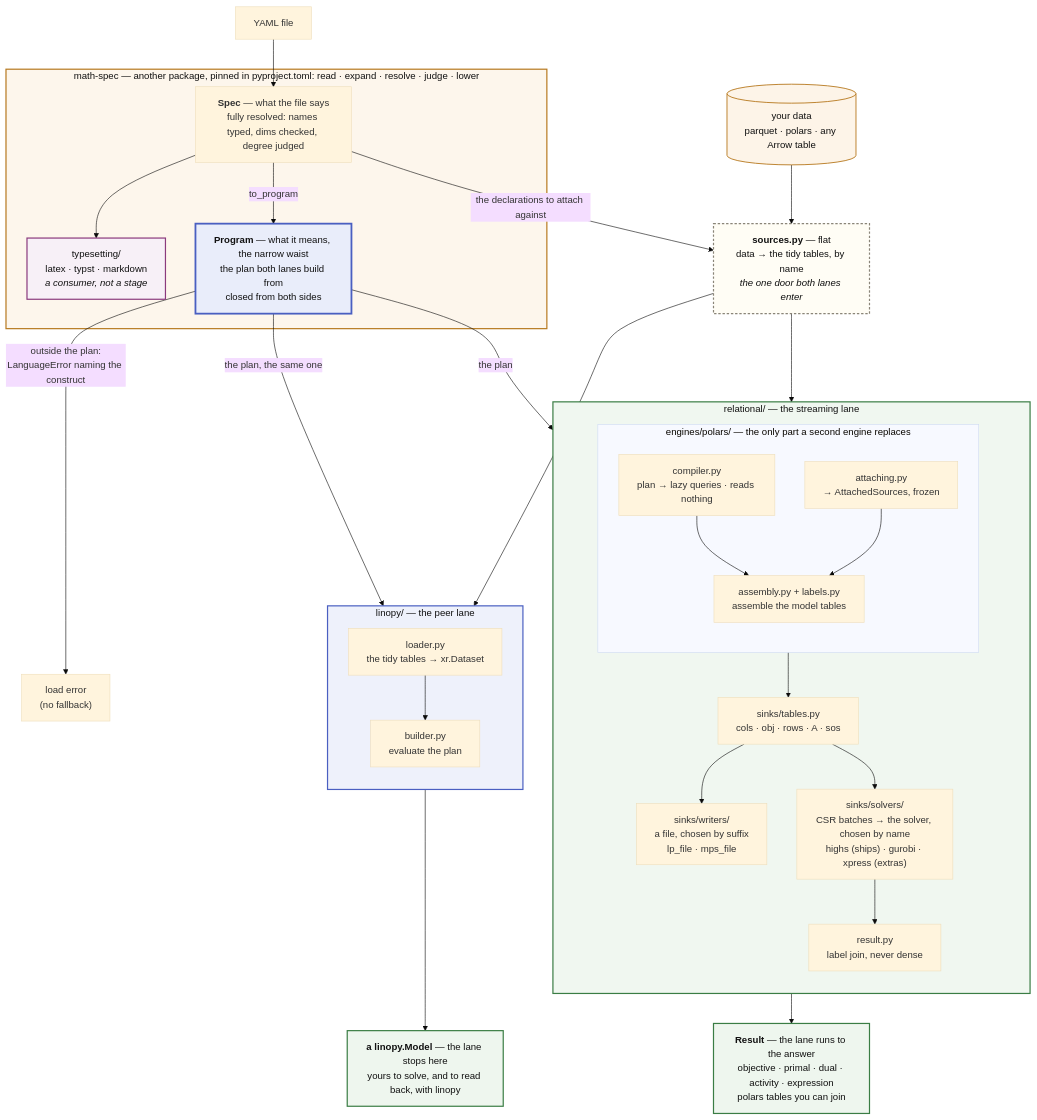
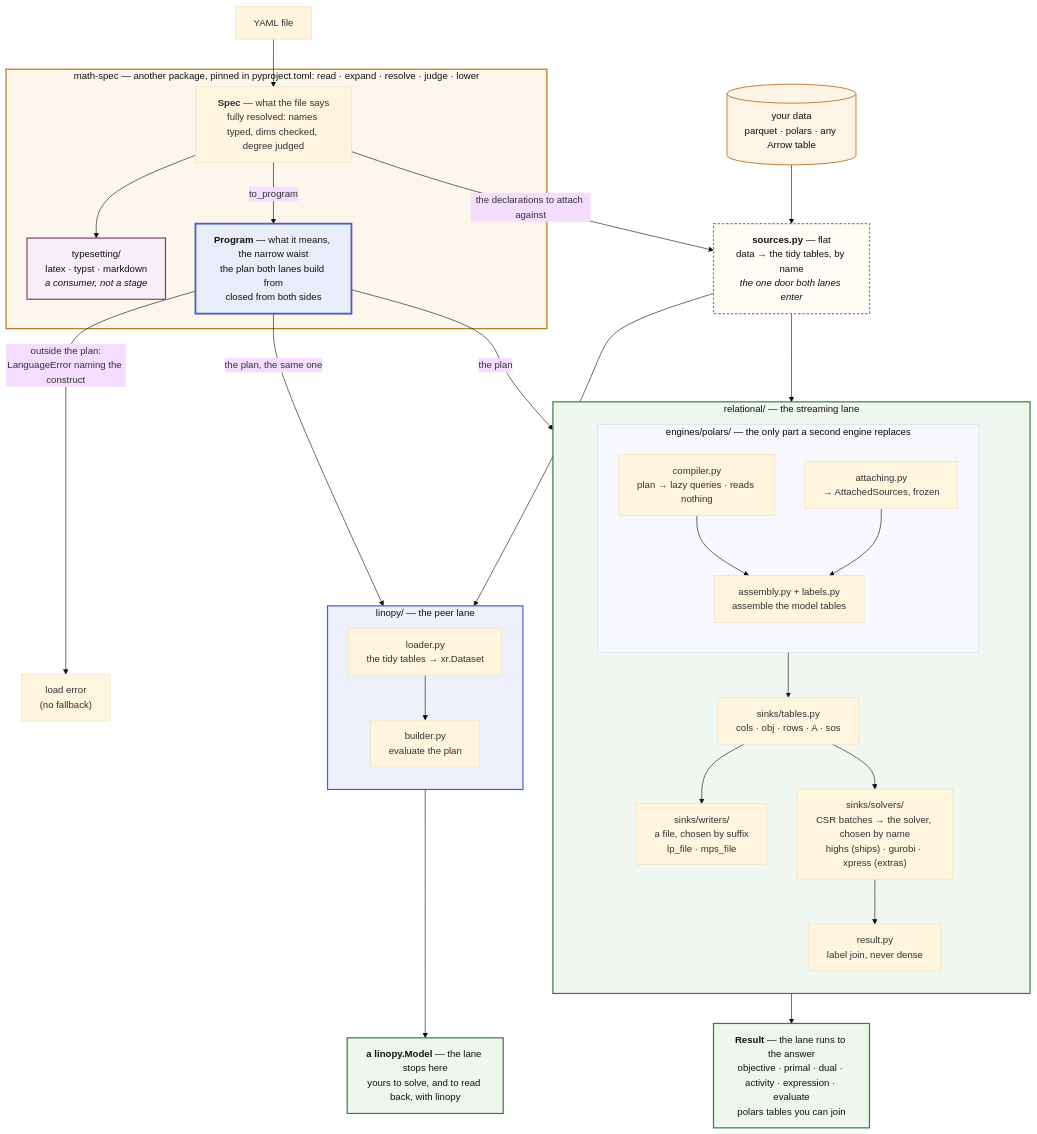
Before and after one commit to fluxopt/lpspec: the first of 2 diagrams in docs/about/architecture.md, drawn with Mermaid (base theme). The commit also changed other lines of this file and 11 other files, not shown here.

````diff
--- a/docs/about/architecture.md
+++ b/docs/about/architecture.md
@@ -60,59 +60,59 @@
 ```mermaid
 flowchart TB
     Y[YAML file] --> SPEC
     DATA[("your data<br/>parquet · polars · any Arrow table")] --> SRC
 
     subgraph MS["math-spec — another package, pinned in pyproject.toml: read · expand · resolve · judge · lower"]
         SPEC["<b>Spec</b> — what the file says<br/>fully resolved: names typed, dims checked, degree judged"]
         SPEC --> TS["typesetting/<br/>latex · typst · markdown<br/><i>a consumer, not a stage</i>"]
         SPEC -->|"to_program"| PLAN["<b>Program</b> — what it means, the narrow waist<br/>the plan both lanes build from<br/>closed from both sides"]
     end
 
     SPEC -->|"the declarations to attach against"| SRC
     SRC["<b>sources.py</b> — flat<br/>data → the tidy tables, by name<br/><i>the one door both lanes enter</i>"]
 
     PLAN -->|"outside the plan:<br/>LanguageError naming the construct"| ERR["load error<br/>(no fallback)"]
     PLAN -->|"the plan"| COMP
     SRC --> ATTACH
     PLAN -->|"the plan, the same one"| BUILD
     SRC --> LOAD
 
     subgraph REL["relational/ — the streaming lane"]
         direction TB
         subgraph ENG["engines/polars/ — the only part a second engine replaces"]
             direction TB
             COMP["compiler.py<br/>plan → lazy queries · reads nothing"] --> ENGINE
             ATTACH["attaching.py<br/>→ AttachedSources, frozen"] --> ENGINE["assembly.py + labels.py<br/>assemble the model tables"]
         end
         ENG --> TABLES["sinks/tables.py<br/>cols · obj · rows · A · sos"]
         TABLES --> LPS["sinks/writers/<br/>a file, chosen by suffix<br/>lp_file · mps_file"]
         TABLES --> DIRECT["sinks/solvers/<br/>CSR batches → the solver, chosen by name<br/>highs (ships) · gurobi · xpress (extras)"]
         DIRECT --> SOL["result.py<br/>label join, never dense"]
     end
 
-    SOL --> ANS["<b>Result</b> — the lane runs to the answer<br/>objective · primal · dual · activity · expression<br/>polars tables you can join"]
+    SOL --> ANS["<b>Result</b> — the lane runs to the answer<br/>objective · primal · dual · activity · expression · evaluate<br/>polars tables you can join"]
 
     subgraph LIN["linopy/ — the peer lane"]
         direction TB
         LOAD["loader.py<br/>the tidy tables → xr.Dataset"] --> BUILD["builder.py<br/>evaluate the plan"]
     end
 
     BUILD --> MODEL["<b>a linopy.Model</b> — the lane stops here<br/>yours to solve, and to read back, with linopy"]
 
     classDef laneL fill:#fdf6ec,stroke:#b7791f,stroke-width:2px,color:#111
     classDef laneR fill:#f0f7f0,stroke:#3a7d44,stroke-width:2px,color:#111
     classDef laneE fill:#eef1fb,stroke:#4a5fc1,stroke-width:2px,color:#111
     classDef laneT fill:#f7f0f7,stroke:#8b3a7d,stroke-width:2px,color:#111
     classDef waist fill:#e9edfa,stroke:#4a5fc1,stroke-width:3px,color:#111
     classDef flat fill:#fffdf5,stroke:#8a8578,stroke-width:2px,stroke-dasharray:4 3,color:#111
     classDef data fill:#fdf4e8,stroke:#b7791f,stroke-width:1.5px,color:#111
     classDef out fill:#eef6ee,stroke:#3a7d44,stroke-width:2px,color:#111
     class MS laneL
     class REL laneR
     class LIN laneE
     class TS laneT
     class PLAN waist
     class SRC flat
     class DATA data
     class ANS,MODEL out
 ```
````
